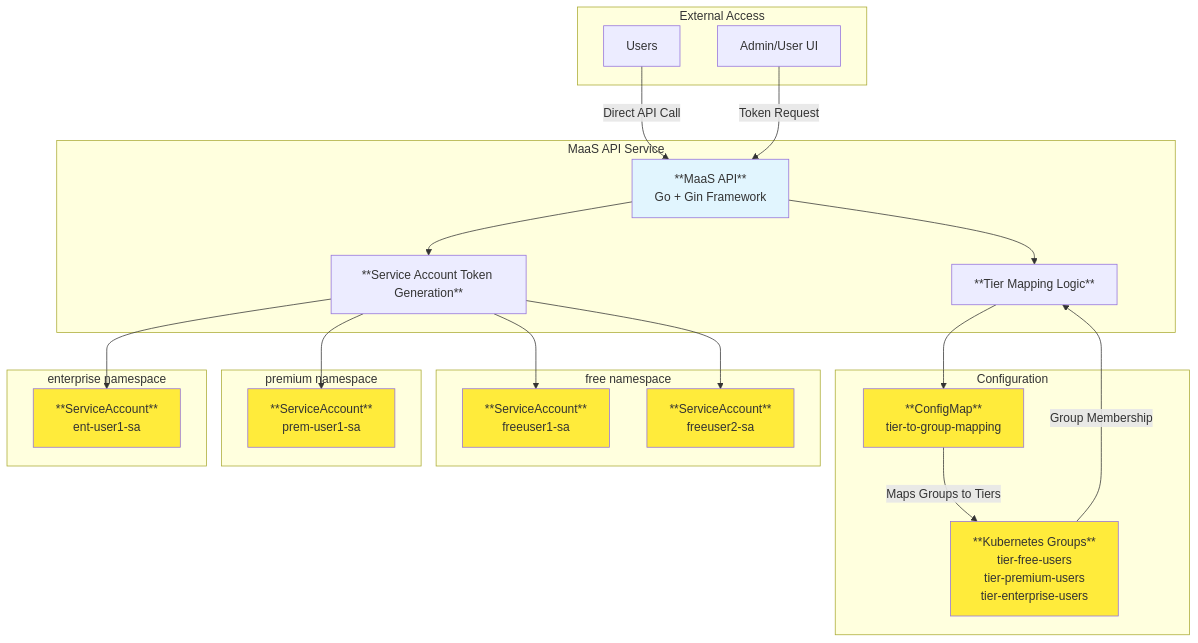
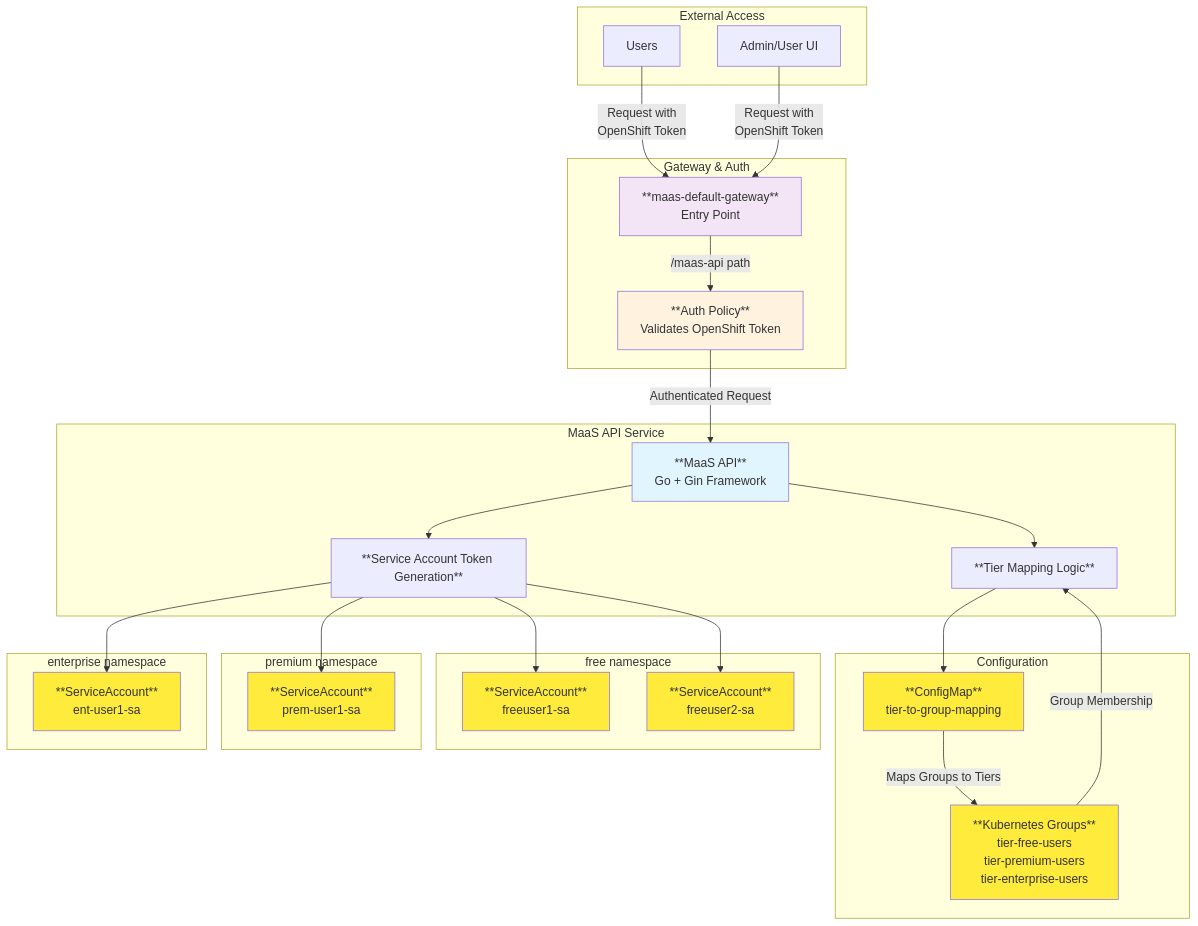
The second of 5 diagrams in docs/content/architecture.md (opendatahub-io/maas-billing), drawn with Mermaid before and after one commit. The commit also changed other lines of this file and 9 other files, not shown here.

````diff
--- a/docs/content/architecture.md
+++ b/docs/content/architecture.md
@@ -61,54 +78,63 @@
 ```mermaid
 graph TB
     subgraph "External Access"
         User[Users]
         AdminUI[Admin/User UI]
+    end
+    
+    subgraph "Gateway & Auth"
+        Gateway[**maas-default-gateway**<br/>Entry Point]
+        AuthPolicy[**Auth Policy**<br/>Validates OpenShift Token]
     end
     
     subgraph "MaaS API Service"
         API[**MaaS API**<br/>Go + Gin Framework]
         TierMapping[**Tier Mapping Logic**]
         TokenGen[**Service Account Token Generation**]
     end
     
     subgraph "Configuration"
         ConfigMap[**ConfigMap**<br/>tier-to-group-mapping]
         K8sGroups[**Kubernetes Groups**<br/>tier-free-users<br/>tier-premium-users<br/>tier-enterprise-users]
     end
     
     subgraph "free namespace"
         FreeSA1[**ServiceAccount**<br/>freeuser1-sa]
         FreeSA2[**ServiceAccount**<br/>freeuser2-sa]
     end
     
     subgraph "premium namespace"
         PremiumSA1[**ServiceAccount**<br/>prem-user1-sa]
     end
     
     subgraph "enterprise namespace"
         EnterpriseSA1[**ServiceAccount**<br/>ent-user1-sa]
     end
     
-    User -->|Direct API Call| API
-    AdminUI -->|Token Request| API
+    User -->|"Request with<br/>OpenShift Token"| Gateway
+    AdminUI -->|"Request with<br/>OpenShift Token"| Gateway
+    Gateway -->|"/maas-api path"| AuthPolicy
+    AuthPolicy -->|"Authenticated Request"| API
     
     API --> TierMapping
     API --> TokenGen
     
     TierMapping --> ConfigMap
     ConfigMap -->|Maps Groups to Tiers| K8sGroups
     TokenGen --> FreeSA1
     TokenGen --> FreeSA2
     TokenGen --> PremiumSA1
     TokenGen --> EnterpriseSA1
     
     K8sGroups -->|Group Membership| TierMapping
     
+    style Gateway fill:#f3e5f5
+    style AuthPolicy fill:#fff3e0
     style API fill:#e1f5fe
     style ConfigMap fill:#ffeb3b
     style K8sGroups fill:#ffeb3b
     style FreeSA1 fill:#ffeb3b
     style FreeSA2 fill:#ffeb3b
     style PremiumSA1 fill:#ffeb3b
     style EnterpriseSA1 fill:#ffeb3b
 ```
````
